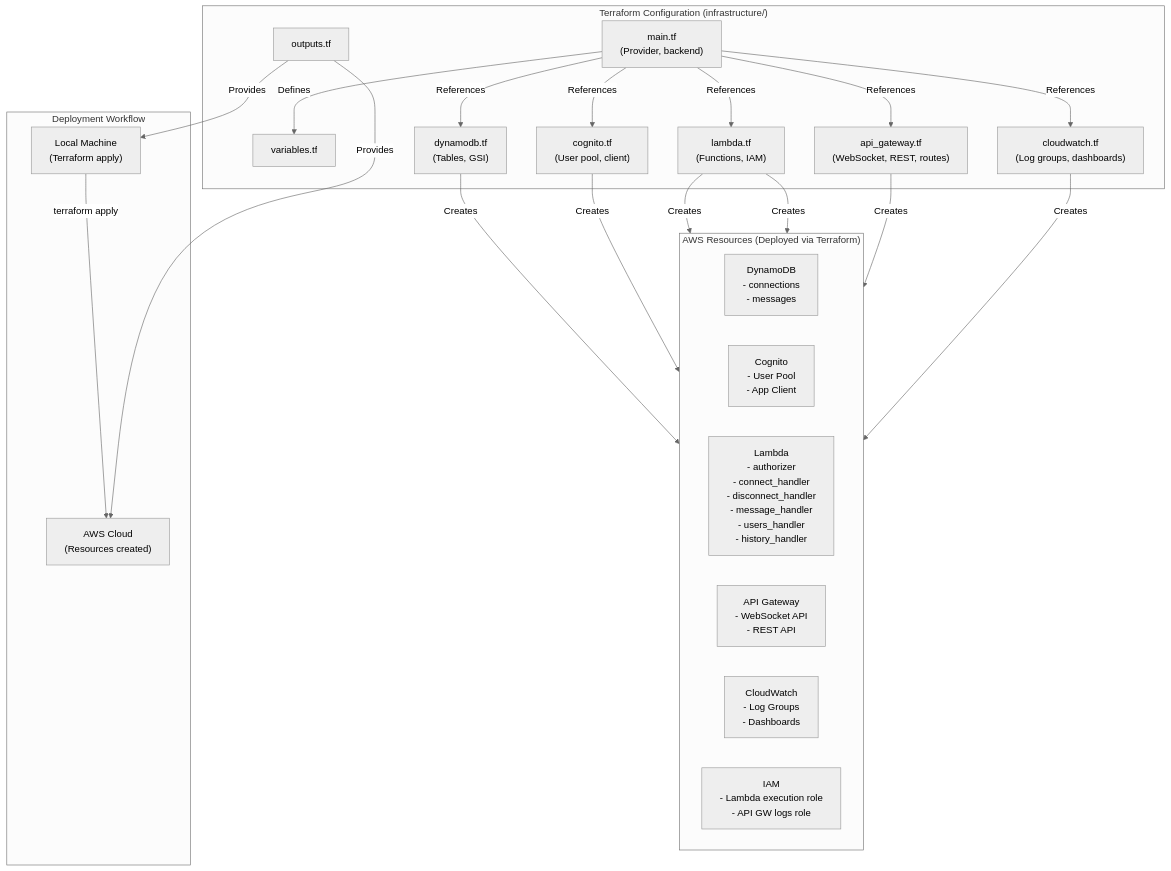
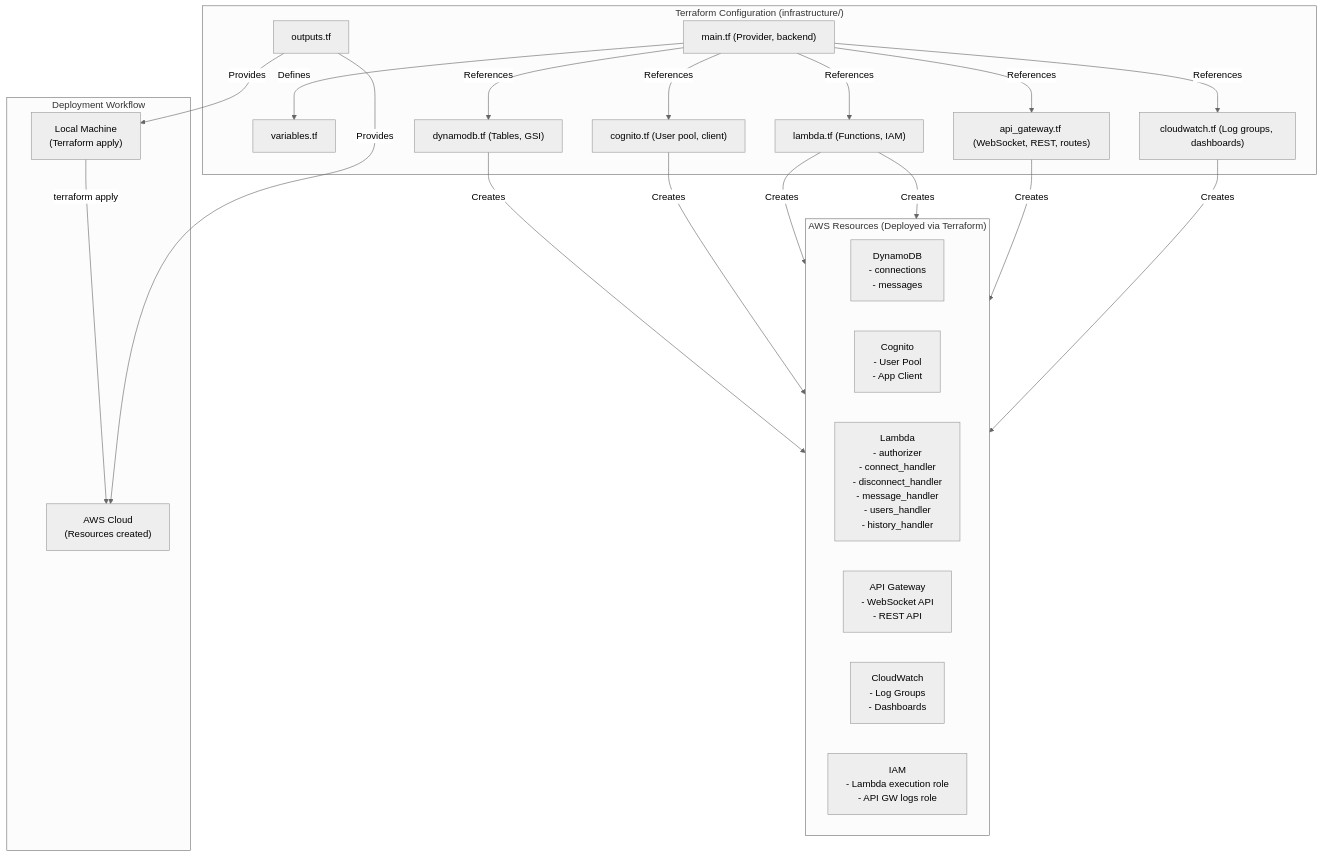
The seventh of 9 diagrams in technical_flow/architecture_diagram.md (sanketkkeni/messenger), drawn with Mermaid (neutral theme) before and after one commit. The commit also changed other lines of this file and 2 other files, not shown here.

Commit message:
Fix Mermaid diagrams (remove special chars) and add architecture_diagram.md references

````diff
--- a/technical_flow/architecture_diagram.md
+++ b/technical_flow/architecture_diagram.md
@@ -224,46 +223,46 @@
 ```mermaid
 flowchart TB
     subgraph TERRAFORM["Terraform Configuration (infrastructure/)"]
-        main_tf["main.tf\n(Provider, backend)"]
+        main_tf["main.tf (Provider, backend)"]
         variables_tf["variables.tf"]
         outputs_tf["outputs.tf"]
-        dynamodb_tf["dynamodb.tf\n(Tables, GSI)"]
-        cognito_tf["cognito.tf\n(User pool, client)"]
-        lambda_tf["lambda.tf\n(Functions, IAM)"]
-        api_gateway_tf["api_gateway.tf\n(WebSocket, REST, routes)"]
-        cloudwatch_tf["cloudwatch.tf\n(Log groups, dashboards)"]
+        dynamodb_tf["dynamodb.tf (Tables, GSI)"]
+        cognito_tf["cognito.tf (User pool, client)"]
+        lambda_tf["lambda.tf (Functions, IAM)"]
+        api_gateway_tf["api_gateway.tf (WebSocket, REST, routes)"]
+        cloudwatch_tf["cloudwatch.tf (Log groups, dashboards)"]
     end
 
     subgraph APPLIED["AWS Resources (Deployed via Terraform)"]
         direction LR
-        DDB["DynamoDB\n- connections\n- messages"] 
-        COG["Cognito\n- User Pool\n- App Client"]
-        LAMBDA["Lambda\n- authorizer\n- connect_handler\n- disconnect_handler\n- message_handler\n- users_handler\n- history_handler"]
-        APIGW["API Gateway\n- WebSocket API\n- REST API"]
-        CW["CloudWatch\n- Log Groups\n- Dashboards"]
-        IAM["IAM\n- Lambda execution role\n- API GW logs role"]
+        DDB["DynamoDB<br/>- connections<br/>- messages"]
+        COG["Cognito<br/>- User Pool<br/>- App Client"]
+        LAMBDA["Lambda<br/>- authorizer<br/>- connect_handler<br/>- disconnect_handler<br/>- message_handler<br/>- users_handler<br/>- history_handler"]
+        APIGW["API Gateway<br/>- WebSocket API<br/>- REST API"]
+        CW["CloudWatch<br/>- Log Groups<br/>- Dashboards"]
+        IAM["IAM<br/>- Lambda execution role<br/>- API GW logs role"]
     end
 
     subgraph DEPLOY["Deployment Workflow"]
-        Local["Local Machine\n(Terraform apply)"]
-        AWS["AWS Cloud\n(Resources created)"]
+        Local["Local Machine<br/>(Terraform apply)"]
+        AWS["AWS Cloud<br/>(Resources created)"]
     end
 
     main_tf -->|Defines| variables_tf
     main_tf -->|References| dynamodb_tf
     main_tf -->|References| cognito_tf
     main_tf -->|References| lambda_tf
     main_tf -->|References| api_gateway_tf
     main_tf -->|References| cloudwatch_tf
 
     Local -->|terraform apply| AWS
     outputs_tf -->|Provides| AWS
     outputs_tf -->|Provides| Local
 
     dynamodb_tf -->|Creates| DDB
     cognito_tf -->|Creates| COG
     lambda_tf -->|Creates| LAMBDA
     lambda_tf -->|Creates| IAM
     api_gateway_tf -->|Creates| APIGW
     cloudwatch_tf -->|Creates| CW
 ```
````
